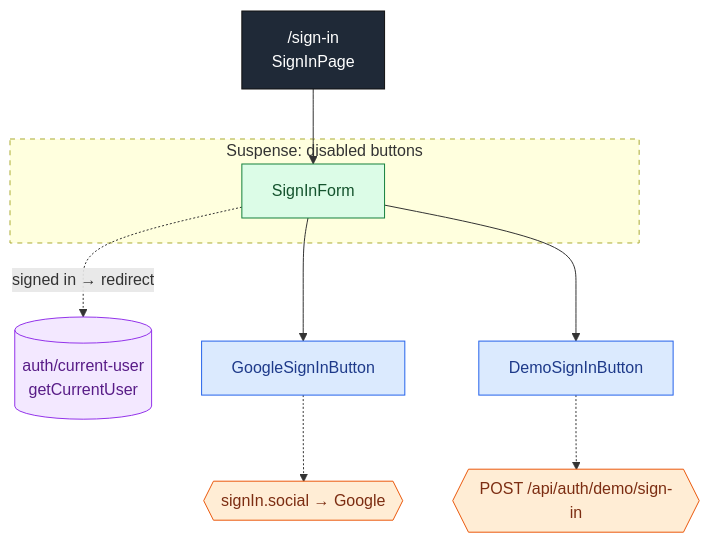
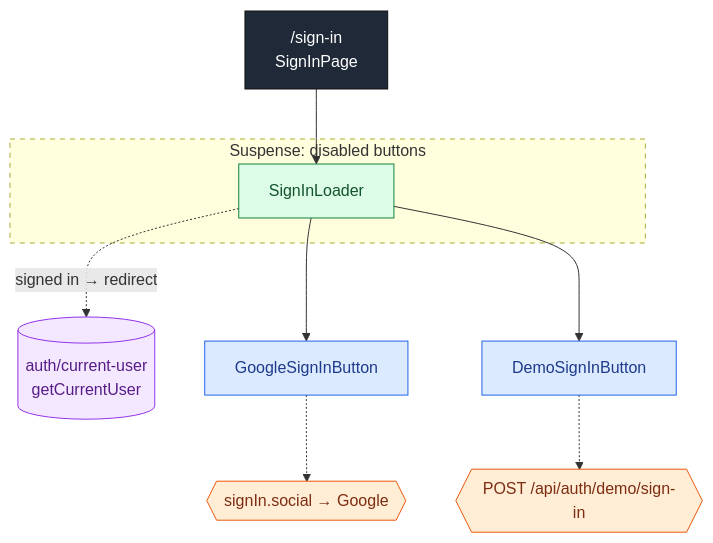
One commit to P4t4m8n/bite-buddy changed the fourth of 15 diagrams in docs/COMPONENTS-DIAGRAMS.md. Above: the diagram before and after it, drawn with Mermaid. The commit also changed other lines of this file and 85 other files, not shown here.

First line of the commit message:
Refactor stats charts and improve code organization

````diff
--- a/docs/COMPONENTS-DIAGRAMS.md
+++ b/docs/COMPONENTS-DIAGRAMS.md
@@ -99,20 +99,20 @@
 ```mermaid
 flowchart TD
   Page["/sign-in<br/>SignInPage"]:::page
   subgraph S1 ["Suspense: disabled buttons"]
-    Form["SignInForm"]:::server
+    Form["SignInLoader"]:::server
   end
   Page --> Form
   Form -.signed in → redirect.-> D1[("auth/current-user<br/>getCurrentUser")]:::data
   Form --> Google["GoogleSignInButton"]:::client
   Form --> Demo["DemoSignInButton"]:::client
   Google -.-> A1{{"signIn.social → Google"}}:::api
   Demo -.-> A2{{"POST /api/auth/demo/sign-in"}}:::api
 
   classDef page fill:#1f2937,color:#fff,stroke:#111
   classDef server fill:#dcfce7,color:#14532d,stroke:#15803d
   classDef client fill:#dbeafe,color:#1e3a8a,stroke:#2563eb
   classDef data fill:#f3e8ff,color:#581c87,stroke:#9333ea
   classDef api fill:#ffedd5,color:#7c2d12,stroke:#ea580c
   style S1 stroke-dasharray: 5 5
 ```
````
